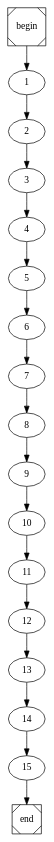
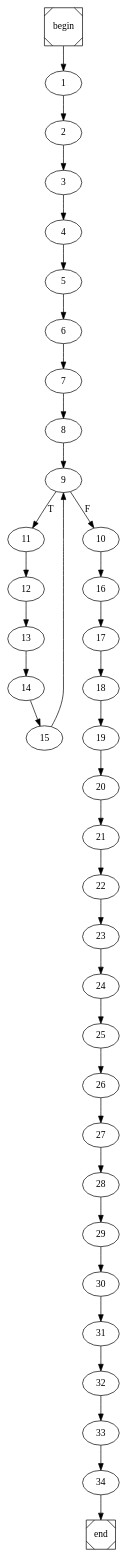
The diagram in main.dot (arubenruben/JMM-Compiler), drawn with Graphviz before and after one commit. The commit also changed 11 other files, not shown here.

```diff
--- a/main.dot
+++ b/main.dot
@@ -1,4 +1,4 @@
 digraph cfg {
 	begin [shape=Msquare];
 	end [shape=Msquare];
-	begin -> 1;	1 -> 2;	2 -> 3;	3 -> 4;	4 -> 5;	5 -> 6;	6 -> 7;	7 -> 8;	8 -> 9;	9 -> 10;	10 -> 11;	11 -> 12;	12 -> 13;	13 -> 14;	14 -> 15;	15 -> end;}
+	begin -> 1;	1 -> 2;	2 -> 3;	3 -> 4;	4 -> 5;	5 -> 6;	6 -> 7;	7 -> 8;	8 -> 9;	9 -> 11[label=T];	9 -> 10[label=F];	10 -> 16;	11 -> 12;	12 -> 13;	13 -> 14;	14 -> 15;	15 -> 9;	16 -> 17;	17 -> 18;	18 -> 19;	19 -> 20;	20 -> 21;	21 -> 22;	22 -> 23;	23 -> 24;	24 -> 25;	25 -> 26;	26 -> 27;	27 -> 28;	28 -> 29;	29 -> 30;	30 -> 31;	31 -> 32;	32 -> 33;	33 -> 34;	34 -> end;}
```
